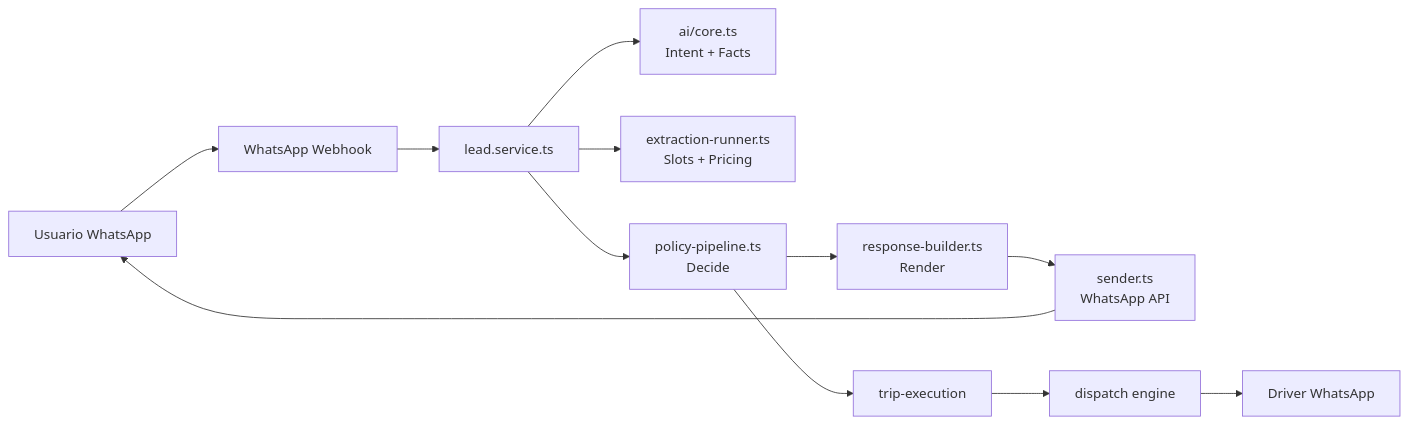
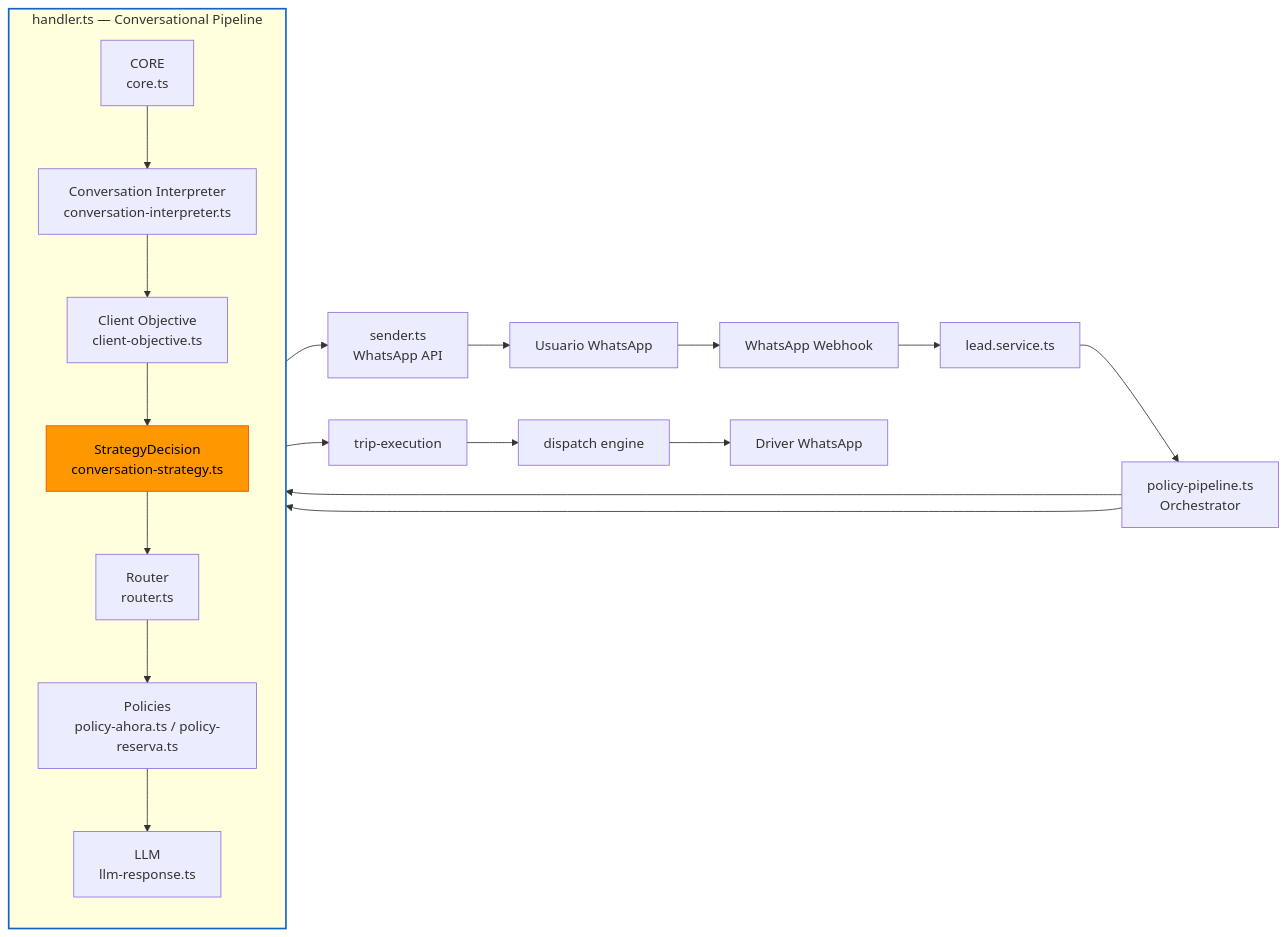
The first of 2 diagrams in docs/architecture/architecture.md (Moviloi/TaxiGuazu), drawn with Mermaid before and after one commit. The commit also changed other lines of this file and 36 other files, not shown here.

First line of the commit message:
feat(architecture): freeze conversational architecture v2.0

````diff
--- a/docs/architecture/architecture.md
+++ b/docs/architecture/architecture.md
@@ -109,14 +109,34 @@
 ```mermaid
 flowchart LR
     User["Usuario WhatsApp"] --> Webhook["WhatsApp Webhook"]
     Webhook --> Lead["lead.service.ts"]
-    Lead --> CORE["ai/core.ts<br/>Intent + Facts"]
-    Lead --> Extraction["extraction-runner.ts<br/>Slots + Pricing"]
-    Lead --> Policy["policy-pipeline.ts<br/>Decide"]
-    Policy --> Output["response-builder.ts<br/>Render"]
-    Output --> Sender["sender.ts<br/>WhatsApp API"]
+    Lead --> PolicyPipeline["policy-pipeline.ts<br/>Orchestrator"]
+    PolicyPipeline --> Handler["handler.ts (ADR-008)"]
+
+    subgraph Handler["handler.ts — Conversational Pipeline"]
+        CORE["CORE<br/>core.ts"]
+        CI["Conversation Interpreter<br/>conversation-interpreter.ts"]
+        CO["Client Objective<br/>client-objective.ts"]
+        SD["StrategyDecision<br/>conversation-strategy.ts"]
+        Router["Router<br/>router.ts"]
+        Policies["Policies<br/>policy-ahora.ts / policy-reserva.ts"]
+        LLM["LLM<br/>llm-response.ts"]
+        
+        CORE --> CI
+        CI --> CO
+        CO --> SD
+        SD --> Router
+        Router --> Policies
+        Policies --> LLM
+    end
+
+    PolicyPipeline --> Handler
+    Handler --> Sender["sender.ts<br/>WhatsApp API"]
     Sender --> User
-    Policy --> Trip["trip-execution"]
+    Handler --> Trip["trip-execution"]
     Trip --> Dispatch["dispatch engine"]
     Dispatch --> Driver["Driver WhatsApp"]
+
+    style SD fill:#ff9800,stroke:#e65100,color:#000
+    style Handler stroke:#1565c0,stroke-width:2px
 ```
````
